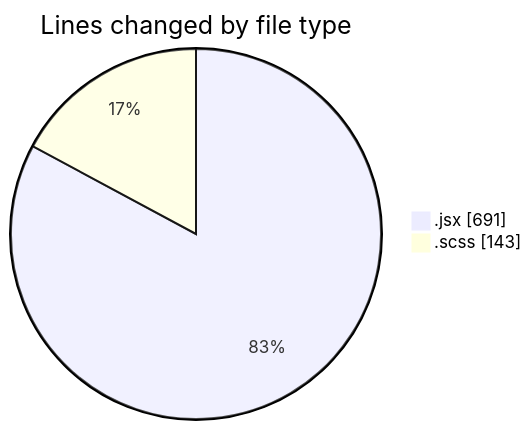
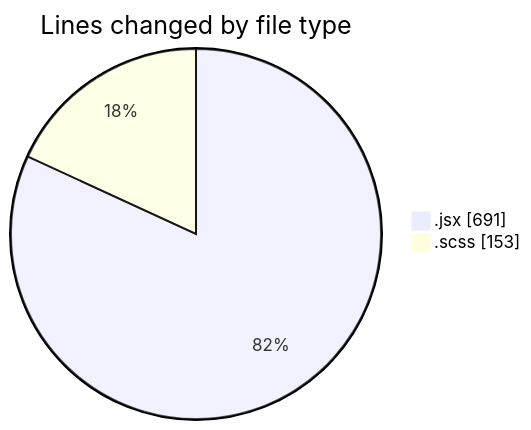
One commit to momahboobian/code-tracking changed the first of 2 diagrams in 2026-09-02/cda/README.md. Above: the diagram before and after it, drawn with Mermaid. The commit also changed other lines of this file and 1 other file, not shown here.

````diff
--- a/2026-09-02/cda/README.md
+++ b/2026-09-02/cda/README.md
@@ -24,6 +24,6 @@
 ```mermaid
 pie showData
 title Lines changed by file type
 ".jsx" : 691
-".scss" : 143
+".scss" : 153
 ```
````
